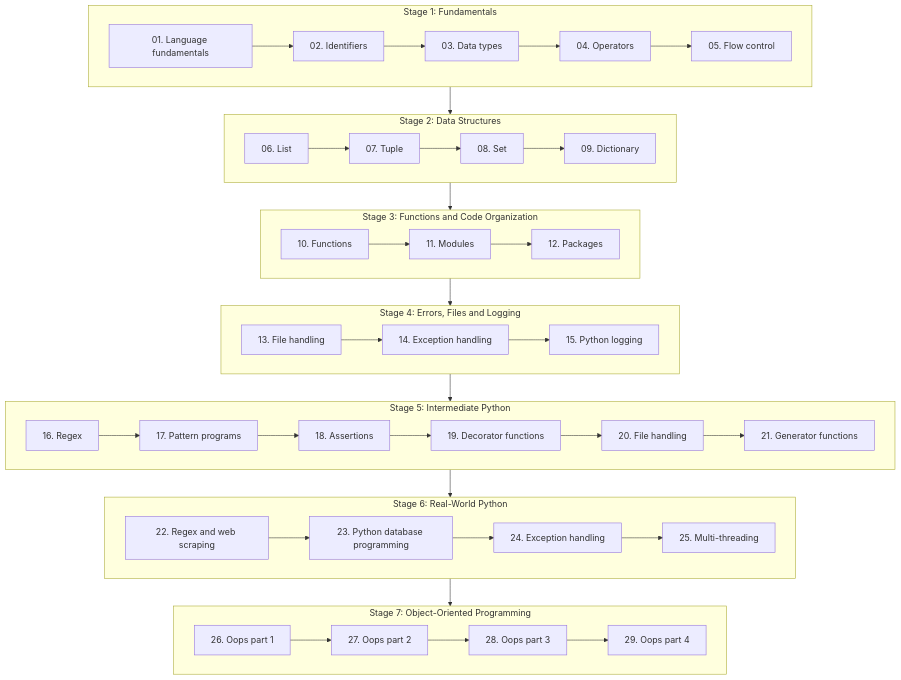
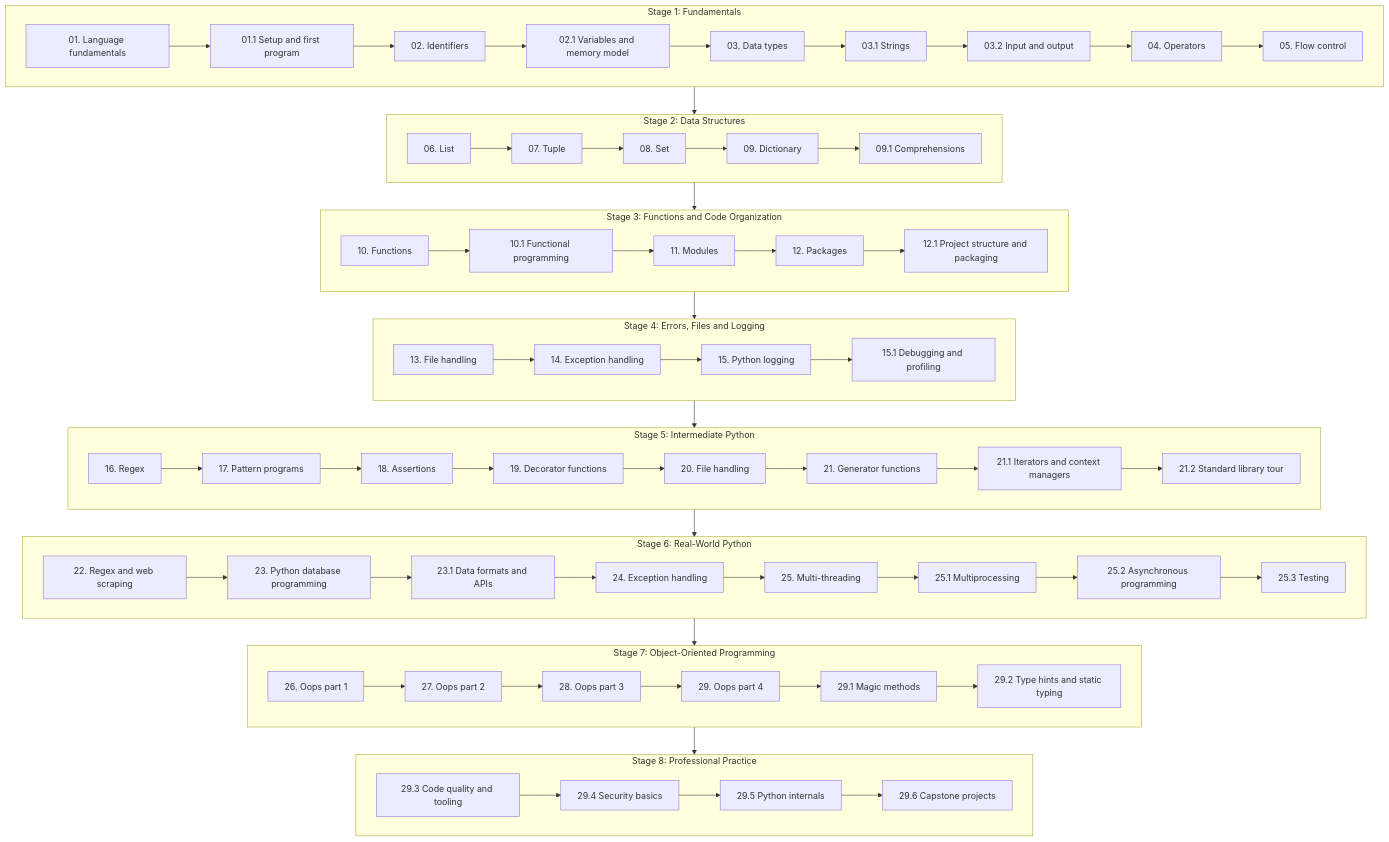
One commit to ajay-nikumbh/Python-Programming-Complete-Course changed the diagram in README.md. Above: the diagram before and after it, drawn with Mermaid. The commit also changed other lines of this file and 20 other files, not shown here.

````diff
--- a/README.md
+++ b/README.md
@@ -17,11 +17,15 @@
     subgraph S1["Stage 1: Fundamentals"]
         direction LR
         T01["01. Language fundamentals"]
+        T01_1["01.1 Setup and first program"]
         T02["02. Identifiers"]
+        T02_1["02.1 Variables and memory model"]
         T03["03. Data types"]
+        T03_1["03.1 Strings"]
+        T03_2["03.2 Input and output"]
         T04["04. Operators"]
         T05["05. Flow control"]
-        T01 --> T02 --> T03 --> T04 --> T05
+        T01 --> T01_1 --> T02 --> T02_1 --> T03 --> T03_1 --> T03_2 --> T04 --> T05
     end
     subgraph S2["Stage 2: Data Structures"]
         direction LR
@@ -29,21 +33,25 @@
         T07["07. Tuple"]
         T08["08. Set"]
         T09["09. Dictionary"]
-        T06 --> T07 --> T08 --> T09
+        T09_1["09.1 Comprehensions"]
+        T06 --> T07 --> T08 --> T09 --> T09_1
     end
     subgraph S3["Stage 3: Functions and Code Organization"]
         direction LR
         T10["10. Functions"]
+        T10_1["10.1 Functional programming"]
         T11["11. Modules"]
         T12["12. Packages"]
-        T10 --> T11 --> T12
+        T12_1["12.1 Project structure and packaging"]
+        T10 --> T10_1 --> T11 --> T12 --> T12_1
     end
     subgraph S4["Stage 4: Errors, Files and Logging"]
         direction LR
         T13["13. File handling"]
         T14["14. Exception handling"]
         T15["15. Python logging"]
-        T13 --> T14 --> T15
+        T15_1["15.1 Debugging and profiling"]
+        T13 --> T14 --> T15 --> T15_1
     end
     subgraph S5["Stage 5: Intermediate Python"]
         direction LR
@@ -53,15 +61,21 @@
         T19["19. Decorator functions"]
         T20["20. File handling"]
         T21["21. Generator functions"]
-        T16 --> T17 --> T18 --> T19 --> T20 --> T21
+        T21_1["21.1 Iterators and context managers"]
+        T21_2["21.2 Standard library tour"]
+        T16 --> T17 --> T18 --> T19 --> T20 --> T21 --> T21_1 --> T21_2
     end
     subgraph S6["Stage 6: Real-World Python"]
         direction LR
         T22["22. Regex and web scraping"]
         T23["23. Python database programming"]
+        T23_1["23.1 Data formats and APIs"]
         T24["24. Exception handling"]
         T25["25. Multi-threading"]
-        T22 --> T23 --> T24 --> T25
+        T25_1["25.1 Multiprocessing"]
+        T25_2["25.2 Asynchronous programming"]
+        T25_3["25.3 Testing"]
+        T22 --> T23 --> T23_1 --> T24 --> T25 --> T25_1 --> T25_2 --> T25_3
     end
     subgraph S7["Stage 7: Object-Oriented Programming"]
         direction LR
@@ -69,7 +83,17 @@
         T27["27. Oops part 2"]
         T28["28. Oops part 3"]
         T29["29. Oops part 4"]
-        T26 --> T27 --> T28 --> T29
+        T29_1["29.1 Magic methods"]
+        T29_2["29.2 Type hints and static typing"]
+        T26 --> T27 --> T28 --> T29 --> T29_1 --> T29_2
+    end
+    subgraph S8["Stage 8: Professional Practice"]
+        direction LR
+        T29_3["29.3 Code quality and tooling"]
+        T29_4["29.4 Security basics"]
+        T29_5["29.5 Python internals"]
+        T29_6["29.6 Capstone projects"]
+        T29_3 --> T29_4 --> T29_5 --> T29_6
     end
     S1 --> S2
     S2 --> S3
@@ -77,4 +101,5 @@
     S4 --> S5
     S5 --> S6
     S6 --> S7
+    S7 --> S8
 ```
````
